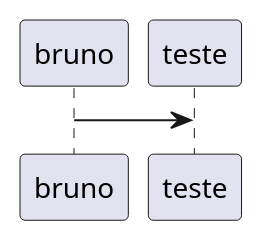
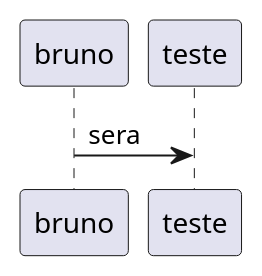
The diagram in readme.org (BrunoCesarAngst/emacs-teste), drawn with PlantUML before and after one commit. The commit also changed other lines of this file and 1 other file, not shown here.

```diff
--- a/readme.org
+++ b/readme.org
@@ -3,3 +3,3 @@
-#+begin_src plantuml
-bruno -> teste
+#+begin_src plantuml :file ./hello-uml.png
+bruno -> teste :sera
 #+end_src
```
